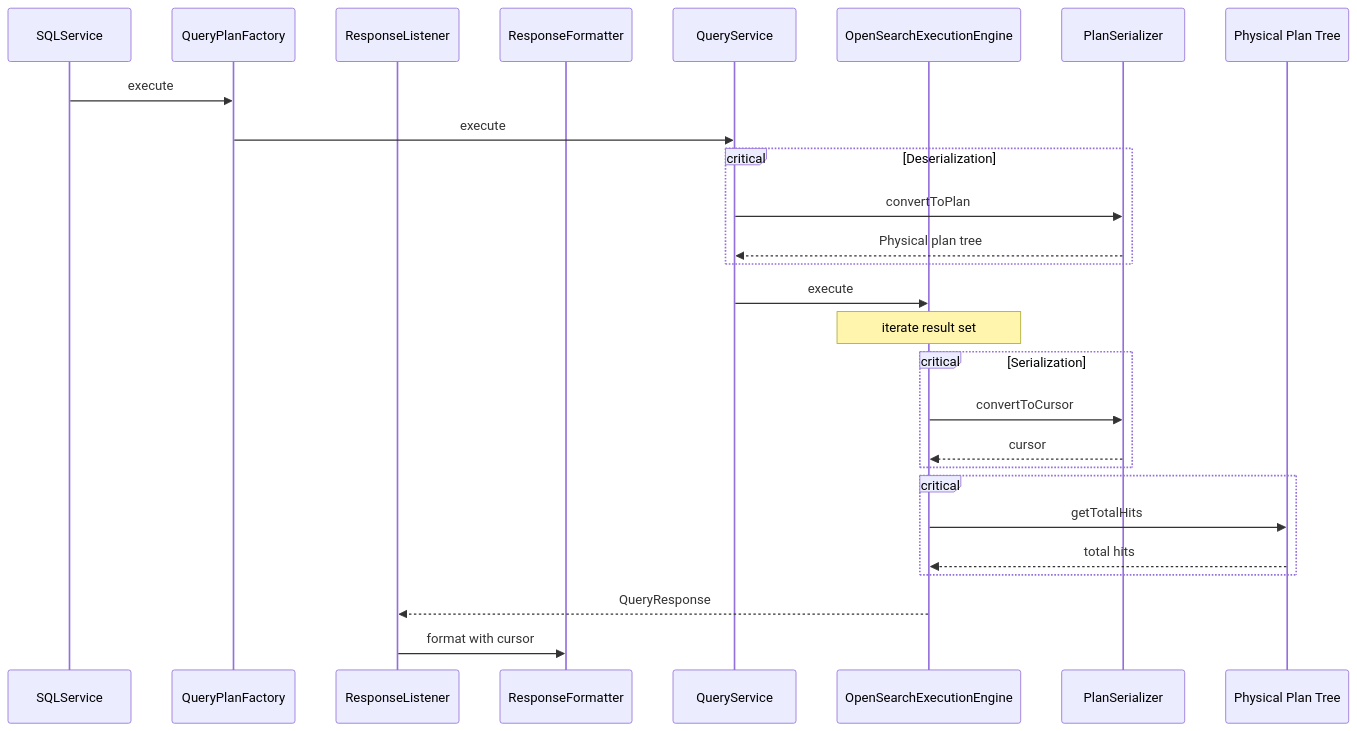
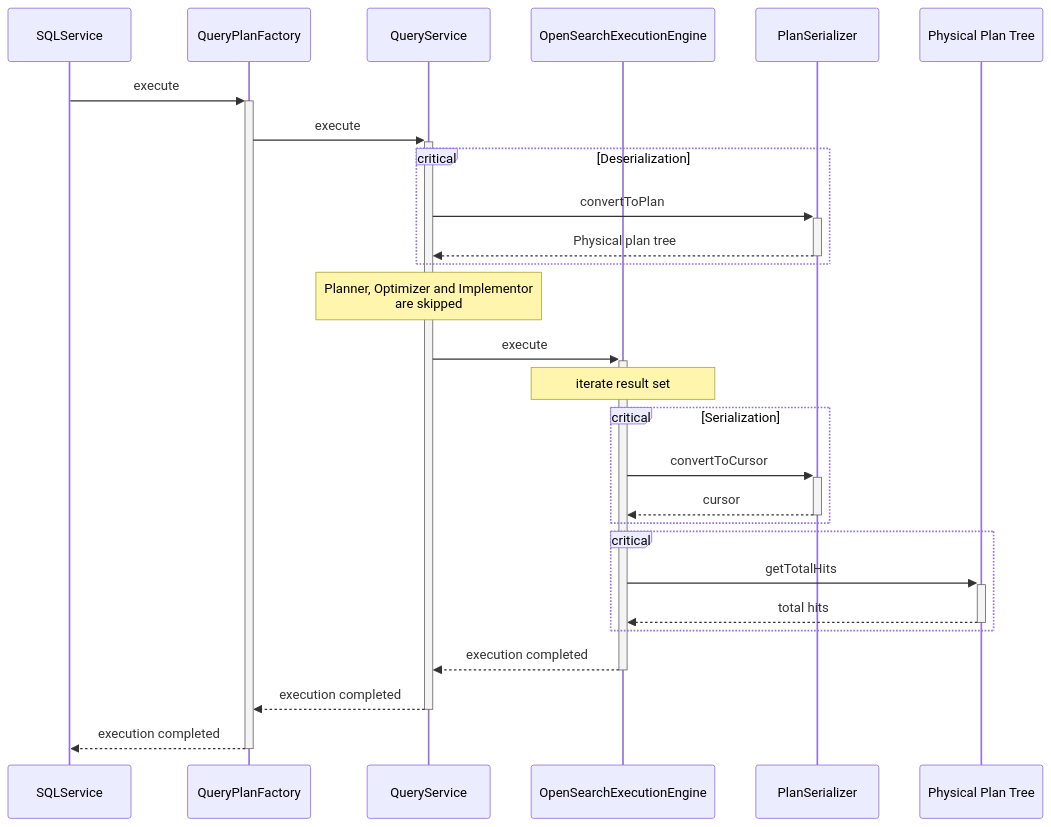
The second of 6 diagrams in docs/dev/Pagination-v2.md (opensearch-project/sql), drawn with Mermaid before and after one commit. The commit also changed other lines of this file, not shown here.

Commit message:
Update design graphs.

````diff
--- a/docs/dev/Pagination-v2.md
+++ b/docs/dev/Pagination-v2.md
@@ -147,30 +147,30 @@
 ```mermaid
 sequenceDiagram
     participant SQLService
     participant QueryPlanFactory
-    participant ResponseListener
-    participant ResponseFormatter
     participant QueryService
     participant OpenSearchExecutionEngine
     participant PlanSerializer
     participant Physical Plan Tree
 
-SQLService->>QueryPlanFactory:execute
-  QueryPlanFactory->>QueryService:execute
+SQLService->>+QueryPlanFactory: execute
+  QueryPlanFactory->>+QueryService: execute
     critical Deserialization
-    QueryService->>PlanSerializer:convertToPlan
-      PlanSerializer-->>QueryService:Physical plan tree
+    QueryService->>+PlanSerializer: convertToPlan
+      PlanSerializer-->>-QueryService: Physical plan tree
     end
-    QueryService->>OpenSearchExecutionEngine:execute
+    Note over QueryService: Planner, Optimizer and Implementor<br />are skipped
+    QueryService->>+OpenSearchExecutionEngine: execute
       Note over OpenSearchExecutionEngine: iterate result set
       critical Serialization
-      OpenSearchExecutionEngine->>PlanSerializer:convertToCursor
-        PlanSerializer-->>OpenSearchExecutionEngine:cursor
+      OpenSearchExecutionEngine->>+PlanSerializer: convertToCursor
+        PlanSerializer-->>-OpenSearchExecutionEngine: cursor
       end
       critical
-      OpenSearchExecutionEngine->>Physical Plan Tree:getTotalHits
-        Physical Plan Tree-->>OpenSearchExecutionEngine:total hits
+      OpenSearchExecutionEngine->>+Physical Plan Tree: getTotalHits
+        Physical Plan Tree-->>-OpenSearchExecutionEngine: total hits
       end
-      OpenSearchExecutionEngine-->>ResponseListener:QueryResponse
-    ResponseListener->>ResponseFormatter:format with cursor
+      OpenSearchExecutionEngine-->>-QueryService: execution completed
+    QueryService-->>-QueryPlanFactory: execution completed
+  QueryPlanFactory-->>-SQLService: execution completed
 ```
````
